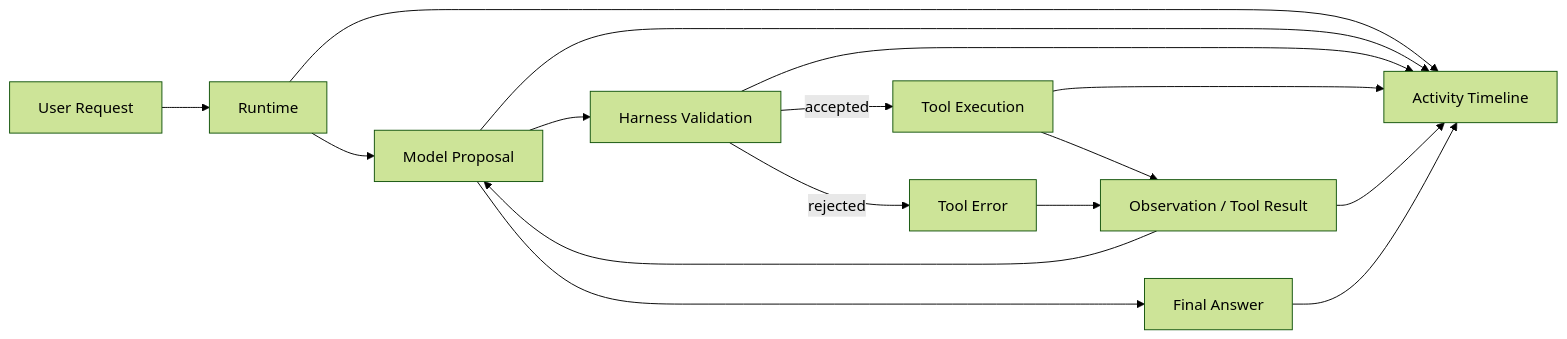
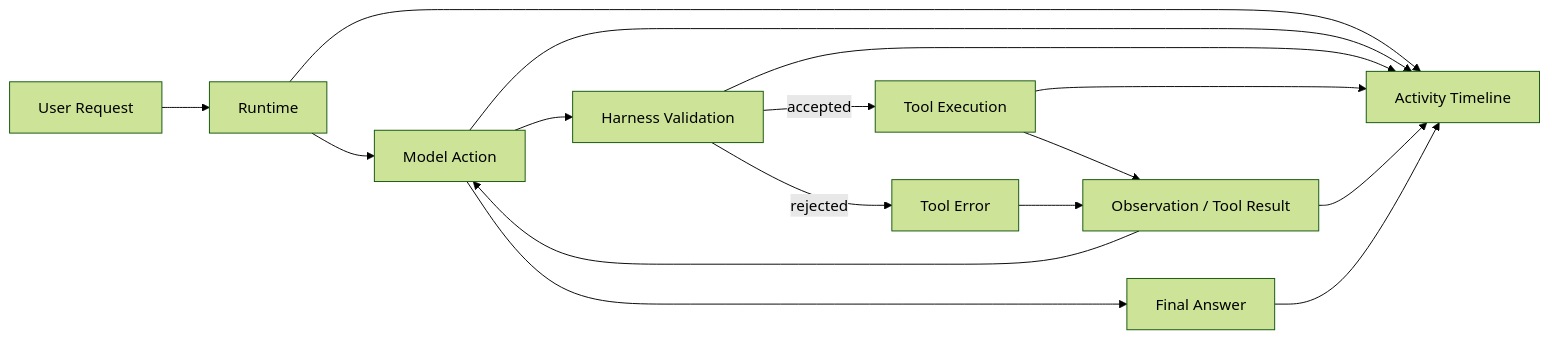
One commit to jonhncatt/Multi_Agent_Team changed the diagram in README.en.md. Above: the diagram before and after it, drawn with Mermaid (forest theme). The commit also changed other lines of this file and 14 other files, not shown here.

````diff
--- a/README.en.md
+++ b/README.en.md
@@ -112,18 +112,18 @@
 ```mermaid
 flowchart LR
     U["User Request"] --> R["Runtime"]
-    R --> M["Model Proposal"]
+    R --> M["Model Action"]
     M --> H["Harness Validation"]
     H -->|accepted| T["Tool Execution"]
     H -->|rejected| E["Tool Error"]
     T --> O["Observation / Tool Result"]
     E --> O
     O --> M
     M --> A["Final Answer"]
     R --> UI["Activity Timeline"]
     M --> UI
     H --> UI
     T --> UI
     O --> UI
     A --> UI
 ```
````
